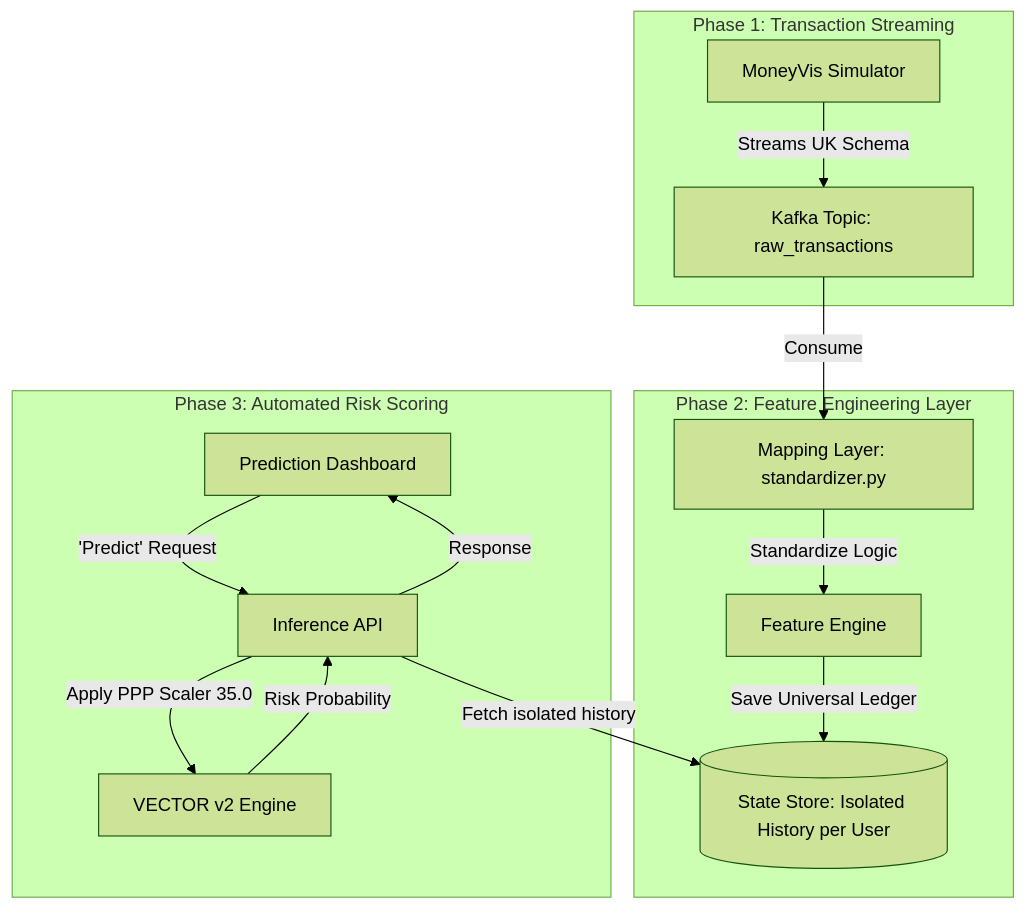
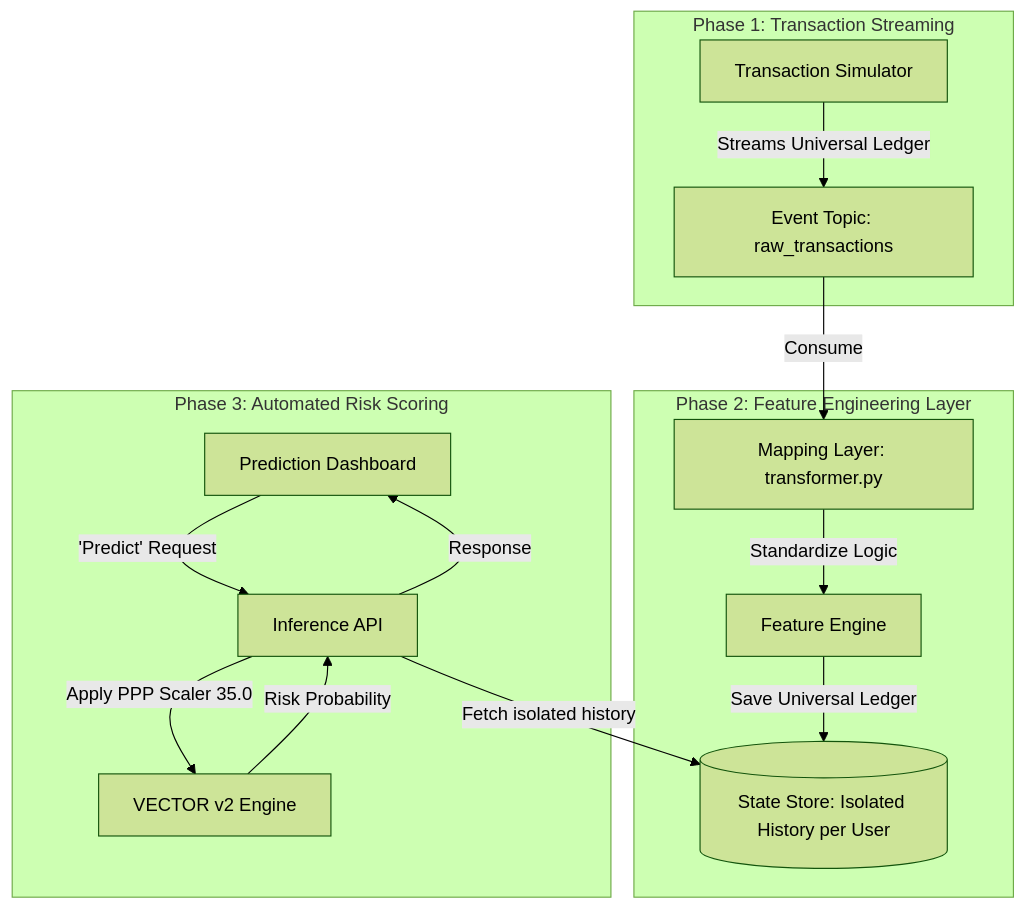
Before and after one commit to FORK-IT-Barclays/Risk-prediction: the diagram in realtime_risk_engine/implementation plan/real_time_risk_plan.md, drawn with Mermaid (forest theme). The commit also changed other lines of this file and 23 other files, not shown here.

````diff
--- a/realtime_risk_engine/implementation plan/real_time_risk_plan.md
+++ b/realtime_risk_engine/implementation plan/real_time_risk_plan.md
@@ -9,20 +9,20 @@
 ```mermaid
 graph TD
     subgraph "Phase 1: Transaction Streaming"
-        MS[MoneyVis Simulator] -->|Streams UK Schema| K[Kafka Topic: raw_transactions]
+        MS[Transaction Simulator] -->|Streams Universal Ledger| K[Event Topic: raw_transactions]
     end
 
     subgraph "Phase 2: Feature Engineering Layer"
-        K -->|Consume| ML[Mapping Layer: standardizer.py]
+        K -->|Consume| ML[Mapping Layer: transformer.py]
         ML -->|Standardize Logic| FE[Feature Engine]
         FE -->|Save Universal Ledger| SS[(State Store: Isolated History per User)]
     end
 
     subgraph "Phase 3: Automated Risk Scoring"
         UI[Prediction Dashboard] -->|'Predict' Request| API[Inference API]
         API -->|Fetch isolated history| SS
         API -->|Apply PPP Scaler 35.0| RE[VECTOR v2 Engine]
         RE -->|Risk Probability| API
         API -->|Response| UI
     end
 ```
````
